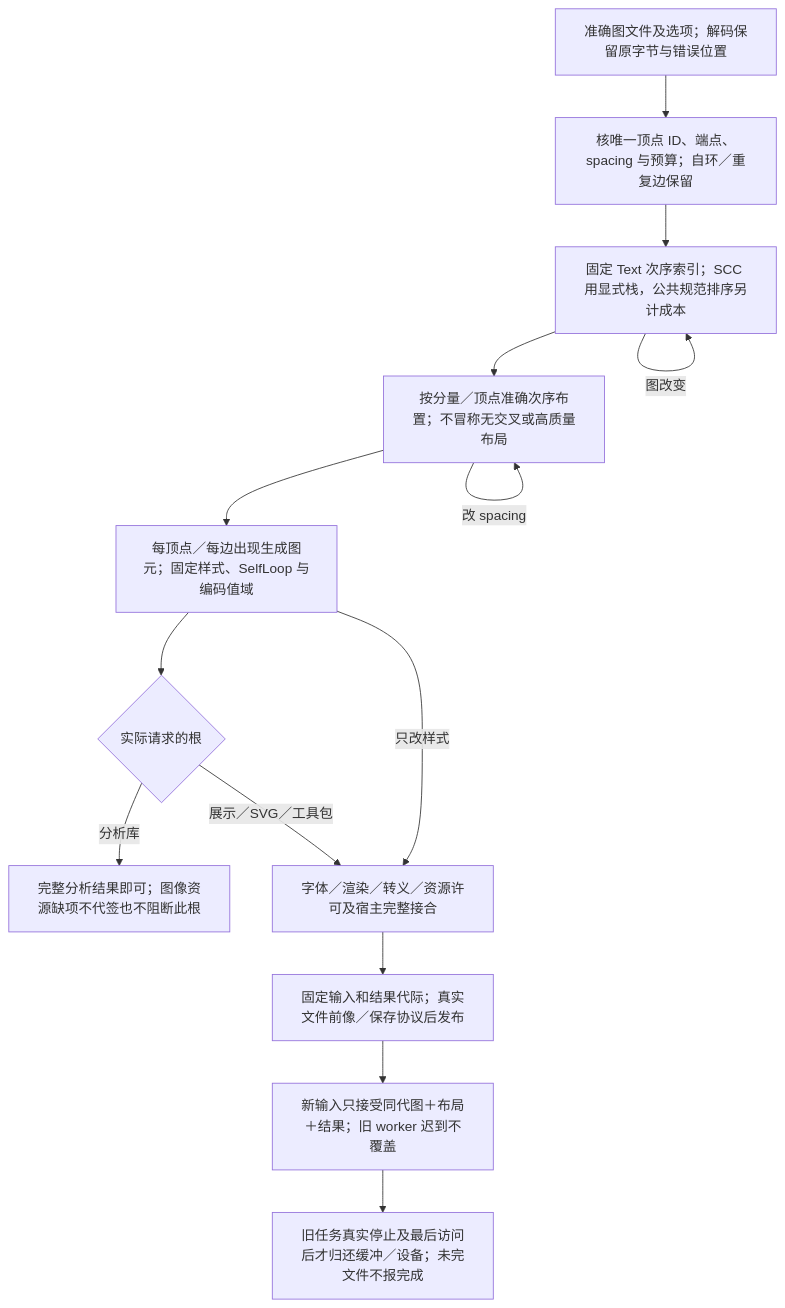
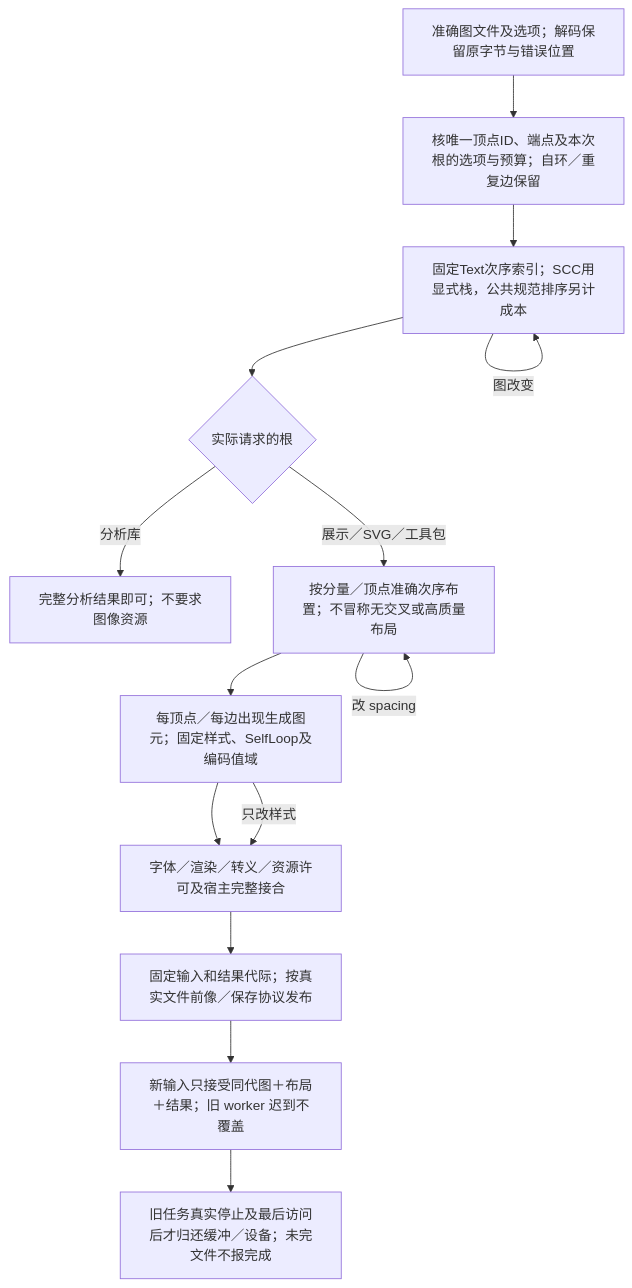
The third of 7 diagrams in docs/领域/计算基础/计算结构与算法.md (sec-platform/sec), drawn with Mermaid before and after one commit. The commit also changed 122 other files, not shown here.

First line of the commit message:
docs: unify system diagrams and remove redundant design text (#882)

````diff
--- a/docs/领域/计算基础/计算结构与算法.md
+++ b/docs/领域/计算基础/计算结构与算法.md
@@ -222,16 +222,16 @@
 ```mermaid
 flowchart TB
-  bytes["准确图文件及选项；解码保留原字节与错误位置"] --> validate["核唯一顶点 ID、端点、spacing 与预算；自环／重复边保留"]
-  validate --> index["固定 Text 次序索引；SCC 用显式栈，公共规范排序另计成本"]
-  index --> layout["按分量／顶点准确次序布置；不冒称无交叉或高质量布局"]
-  layout --> scene["每顶点／每边出现生成图元；固定样式、SelfLoop 与编码值域"]
-  scene --> selected{"实际请求的根"}
-  selected -->|分析库| analysis["完整分析结果即可；图像资源缺项不代签也不阻断此根"]
-  selected -->|展示／SVG／工具包| consumers["字体／渲染／转义／资源许可及宿主完整接合"]
-  consumers --> export["固定输入和结果代际；真实文件前像／保存协议后发布"]
+  bytes["准确图文件及选项；解码保留原字节与错误位置"] --> validate["核唯一顶点ID、端点及本次根的选项与预算；自环／重复边保留"]
+  validate --> index["固定Text次序索引；SCC用显式栈，公共规范排序另计成本"]
+  index --> selected{"实际请求的根"}
+  selected -->|分析库| analysis["完整分析结果即可；不要求图像资源"]
+  selected -->|展示／SVG／工具包| layout["按分量／顶点准确次序布置；不冒称无交叉或高质量布局"]
+  layout --> scene["每顶点／每边出现生成图元；固定样式、SelfLoop及编码值域"]
+  scene --> consumers["字体／渲染／转义／资源许可及宿主完整接合"]
+  consumers --> export["固定输入和结果代际；按真实文件前像／保存协议发布"]
   scene -->|只改样式| consumers
   layout -->|改 spacing| layout
   index -->|图改变| index
   export --> latest["新输入只接受同代图＋布局＋结果；旧 worker 迟到不覆盖"]
   latest --> release["旧任务真实停止及最后访问后才归还缓冲／设备；未完文件不报完成"]
 ```
````
